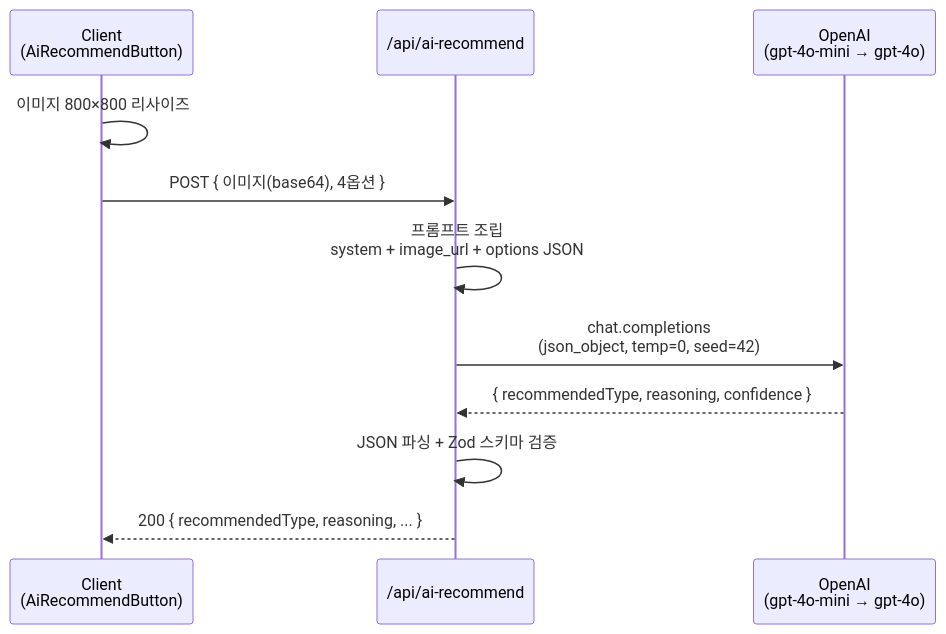
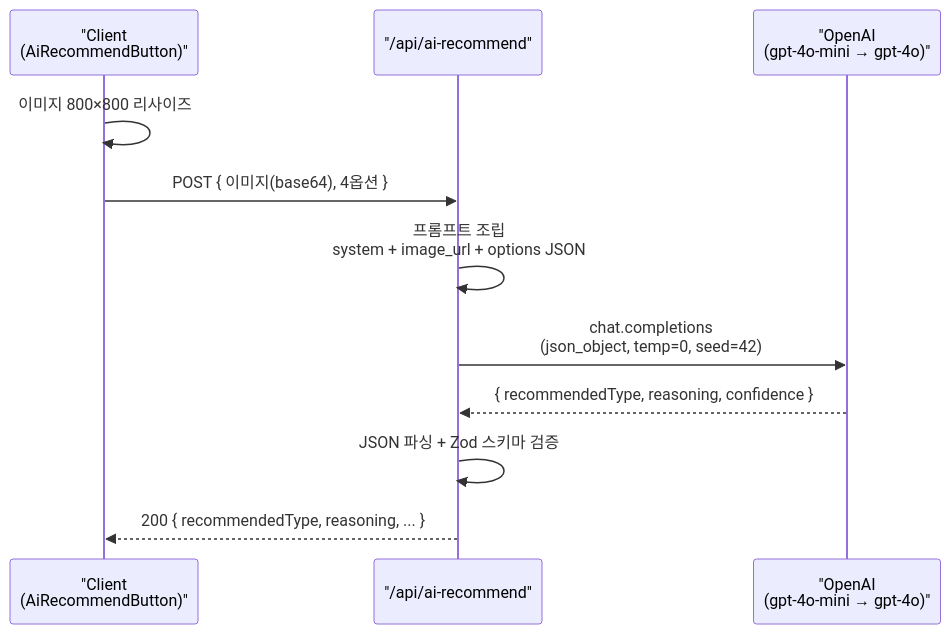
The second of 2 diagrams in docs/domain/ai-color-recommendation.md (SaekKkanDa/OppaManyColorTone), drawn with Mermaid before and after one commit. The commit also changed other lines of this file, not shown here.

Commit message:
docs(ai-recommend): mermaid 다이어그램 렌더 오류 수정 (#310)
- API 노드 shape delimiter 불일치 ([/...] → ["..."])
- 점선 화살표 라벨 토큰 분리 (-.env 주입.-> → -. env 주입 .->)
- sequenceDiagram 참여자 별칭 인용부호 처리 (<br/> / 특수문자)

````diff
--- a/docs/domain/ai-color-recommendation.md
+++ b/docs/domain/ai-color-recommendation.md
@@ -407,14 +407,14 @@
 ```mermaid
 sequenceDiagram
-  participant C as Client<br/>(AiRecommendButton)
-  participant API as /api/ai-recommend
-  participant OAI as OpenAI<br/>(gpt-4o-mini → gpt-4o)
+  participant C as "Client<br/>(AiRecommendButton)"
+  participant API as "/api/ai-recommend"
+  participant OAI as "OpenAI<br/>(gpt-4o-mini → gpt-4o)"
 
   C->>C: 이미지 800×800 리사이즈
   C->>API: POST { 이미지(base64), 4옵션 }
   API->>API: 프롬프트 조립<br/>system + image_url + options JSON
   API->>OAI: chat.completions<br/>(json_object, temp=0, seed=42)
   OAI-->>API: { recommendedType, reasoning, confidence }
   API->>API: JSON 파싱 + Zod 스키마 검증
   API-->>C: 200 { recommendedType, reasoning, ... }
 ```
````
